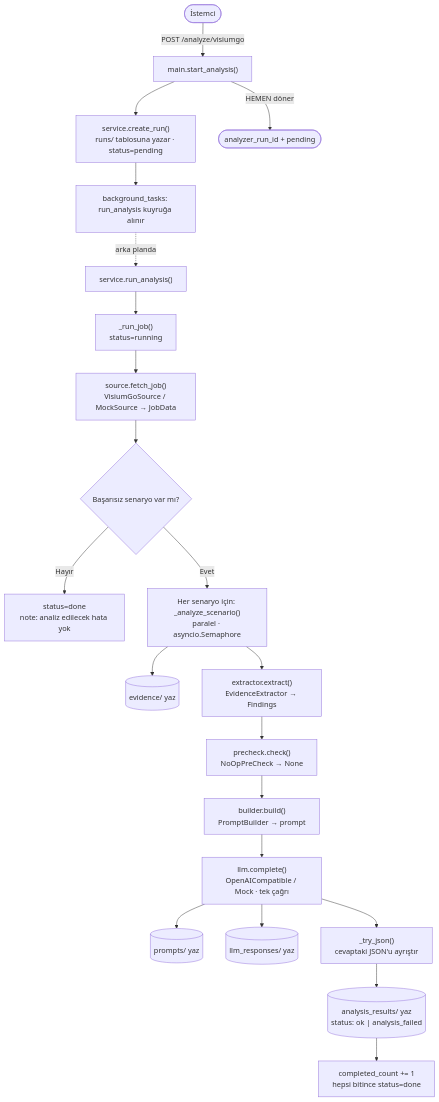
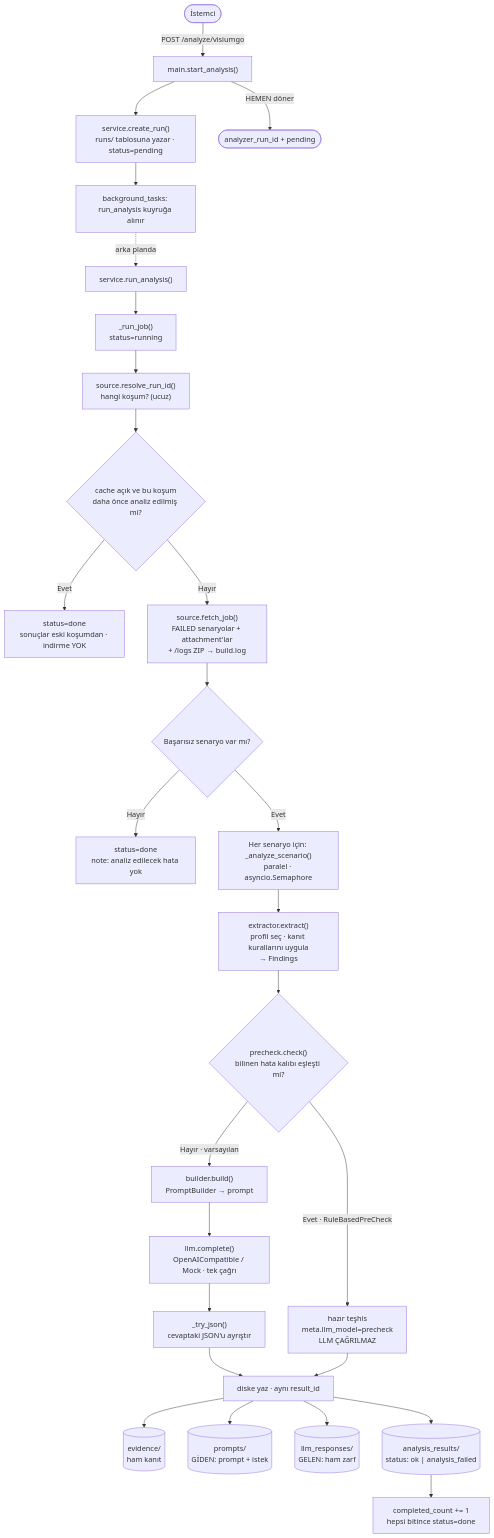
The first of 4 diagrams in docs/akis-semasi.md (serdarxkulaksiz-netizen/analiz), drawn with Mermaid before and after one commit. The commit also changed other lines of this file and 6 other files, not shown here.

````diff
--- a/docs/akis-semasi.md
+++ b/docs/akis-semasi.md
@@ -8,25 +8,31 @@
 ```mermaid
 flowchart TD
     C([İstemci]) -->|POST /analyze/visiumgo| A["main.start_analysis()"]
     A --> CR["service.create_run()<br/>runs/ tablosuna yazar · status=pending"]
     CR --> BG["background_tasks: run_analysis kuyruğa alınır"]
     A -->|HEMEN döner| R1([analyzer_run_id + pending])
 
     BG -.->|arka planda| RA["service.run_analysis()"]
     RA --> RJ["_run_job()<br/>status=running"]
-    RJ --> SRC["source.fetch_job()<br/>VisiumGoSource / MockSource → JobData"]
+    RJ --> RSV["source.resolve_run_id()<br/>hangi koşum? (ucuz)"]
+    RSV --> CH{"cache açık ve bu koşum<br/>daha önce analiz edilmiş mi?"}
+    CH -->|Evet| DC["status=done<br/>sonuçlar eski koşumdan · indirme YOK"]
+    CH -->|Hayır| SRC["source.fetch_job()<br/>FAILED senaryolar + attachment'lar<br/>+ /logs ZIP → build.log"]
     SRC --> LOOP{Başarısız senaryo var mı?}
     LOOP -->|Hayır| D1["status=done<br/>note: analiz edilecek hata yok"]
     LOOP -->|Evet| AS["Her senaryo için: _analyze_scenario()<br/>paralel · asyncio.Semaphore"]
 
-    AS --> EV[("evidence/ yaz")]
-    AS --> EX["extractor.extract()<br/>EvidenceExtractor → Findings"]
-    EX --> PC["precheck.check()<br/>NoOpPreCheck → None"]
-    PC --> PB["builder.build()<br/>PromptBuilder → prompt"]
+    AS --> EX["extractor.extract()<br/>profil seç · kanıt kurallarını uygula<br/>→ Findings"]
+    EX --> PC{"precheck.check()<br/>bilinen hata kalıbı eşleşti mi?"}
+    PC -->|"Evet · RuleBasedPreCheck"| CAN["hazır teşhis<br/>meta.llm_model=precheck<br/>LLM ÇAĞRILMAZ"]
+    PC -->|"Hayır · varsayılan"| PB["builder.build()<br/>PromptBuilder → prompt"]
     PB --> LLM["llm.complete()<br/>OpenAICompatible / Mock · tek çağrı"]
-    LLM --> PR[("prompts/ yaz")]
-    LLM --> LR[("llm_responses/ yaz")]
     LLM --> PJ["_try_json()<br/>cevaptaki JSON'u ayrıştır"]
-    PJ --> AR[("analysis_results/ yaz<br/>status: ok | analysis_failed")]
+    PJ --> W["diske yaz · aynı result_id"]
+    CAN --> W
+    W --> EV[("evidence/<br/>ham kanıt")]
+    W --> PR[("prompts/<br/>GİDEN: prompt + istek")]
+    W --> LR[("llm_responses/<br/>GELEN: ham zarf")]
+    W --> AR[("analysis_results/<br/>status: ok | analysis_failed")]
     AR --> D2["completed_count += 1<br/>hepsi bitince status=done"]
 ```
````
